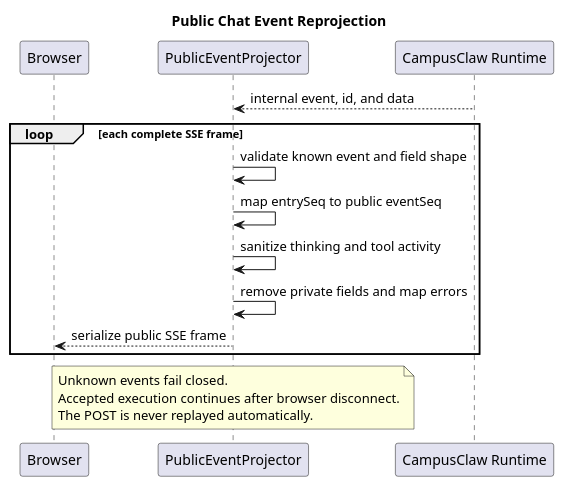
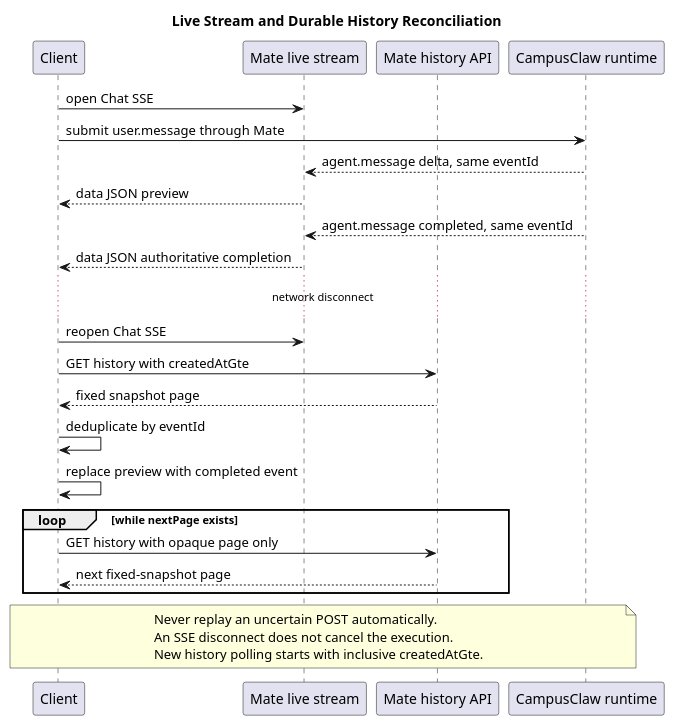
The second of 2 diagrams in 02-服务与接口/07-mate-service通用对话API/设计图/diagram.puml (ssm0808/pi-mono-java-design), drawn with PlantUML before and after one commit. The commit also changed other lines of this file and 12 other files, not shown here.

Commit message:
docs(mate-api): 确认通用对话 events 三接口

```diff
--- a/02-服务与接口/07-mate-service通用对话API/设计图/diagram.puml
+++ b/02-服务与接口/07-mate-service通用对话API/设计图/diagram.puml
@@ -26,28 +35,41 @@
-@startuml public_chat_event_projection
-title Public Chat Event Reprojection
+@startuml public_chat_event_recovery
+title Live Stream and Durable History Reconciliation
 skinparam shadowing false
 
-' Source evidence: mate-service@956b547f src/main/java/com/huawei/hicampus/mate/agentdefinition/modelmanager/service/UpstreamChatCall.java:35-73
-' Source evidence: pi-mono-java@98d3999e modules/coding-agent-cli/src/main/java/com/campusclaw/codingagent/runtimeapi/event/RuntimeEventProjector.java:163-219,272-345,382-385
-' Observed behavior: the current mate-service model proxy forwards bytes and does not parse CampusClaw SSE frames.
-' Security hardening: raw thinking, internal identifiers, credentials, paths, tool payloads, and Runtime errors are removed.
-' Architecture change: the public Chat bridge parses, validates, maps, and serializes each complete SSE frame.
+' Public evidence: Claude Managed Agents events-and-streaming docs, checked 2026-09-02.
+' Source evidence: pi@5cd93f68 packages/protocol/src/schemas.ts TranscriptProgressSchema/SessionSnapshotSchema
+' Source evidence: pi@5cd93f68 packages/server/src/sessions.ts handleRuntimeEvent/broadcastSnapshot
+' Design reason: deltas are disposable preview while completed history is authoritative.
+' Architecture change: public eventId replaces exposure of internal sequence for reconciliation.
 
-participant Browser
-participant "PublicEventProjector" as Projector
-participant "CampusClaw Runtime" as Runtime
+participant Client
+participant "Mate live stream" as Stream
+participant "Mate history API" as Query
+participant "CampusClaw runtime" as Claw
 
-Runtime --> Projector : internal event, id, and data
-loop each complete SSE frame
-  Projector -> Projector : validate known event and field shape
-  Projector -> Projector : map entrySeq to public eventSeq
-  Projector -> Projector : sanitize thinking and tool activity
-  Projector -> Projector : remove private fields and map errors
-  Projector --> Browser : serialize public SSE frame
+Client -> Stream : open Chat SSE
+Client -> Claw : submit user.message through Mate
+Claw --> Stream : agent.message delta, same eventId
+Stream --> Client : data JSON preview
+Claw --> Stream : agent.message completed, same eventId
+Stream --> Client : data JSON authoritative completion
+
+... network disconnect ...
+
+Client -> Stream : reopen Chat SSE
+Client -> Query : GET history with createdAtGte
+Query --> Client : fixed snapshot page
+Client -> Client : deduplicate by eventId
+Client -> Client : replace preview with completed event
+
+loop while nextPage exists
+  Client -> Query : GET history with opaque page only
+  Query --> Client : next fixed-snapshot page
 end
-note over Projector
-Unknown events fail closed.
-Accepted execution continues after browser disconnect.
-The POST is never replayed automatically.
+
+note over Client,Claw
+Never replay an uncertain POST automatically.
+An SSE disconnect does not cancel the execution.
+New history polling starts with inclusive createdAtGte.
 end note
 @enduml
```
